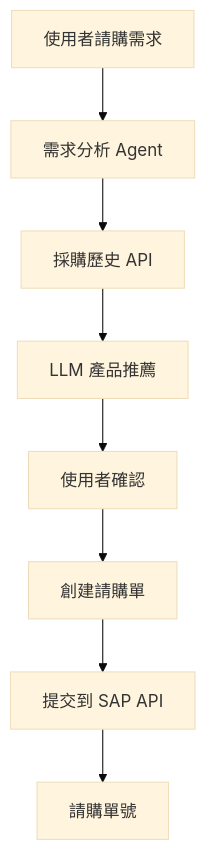
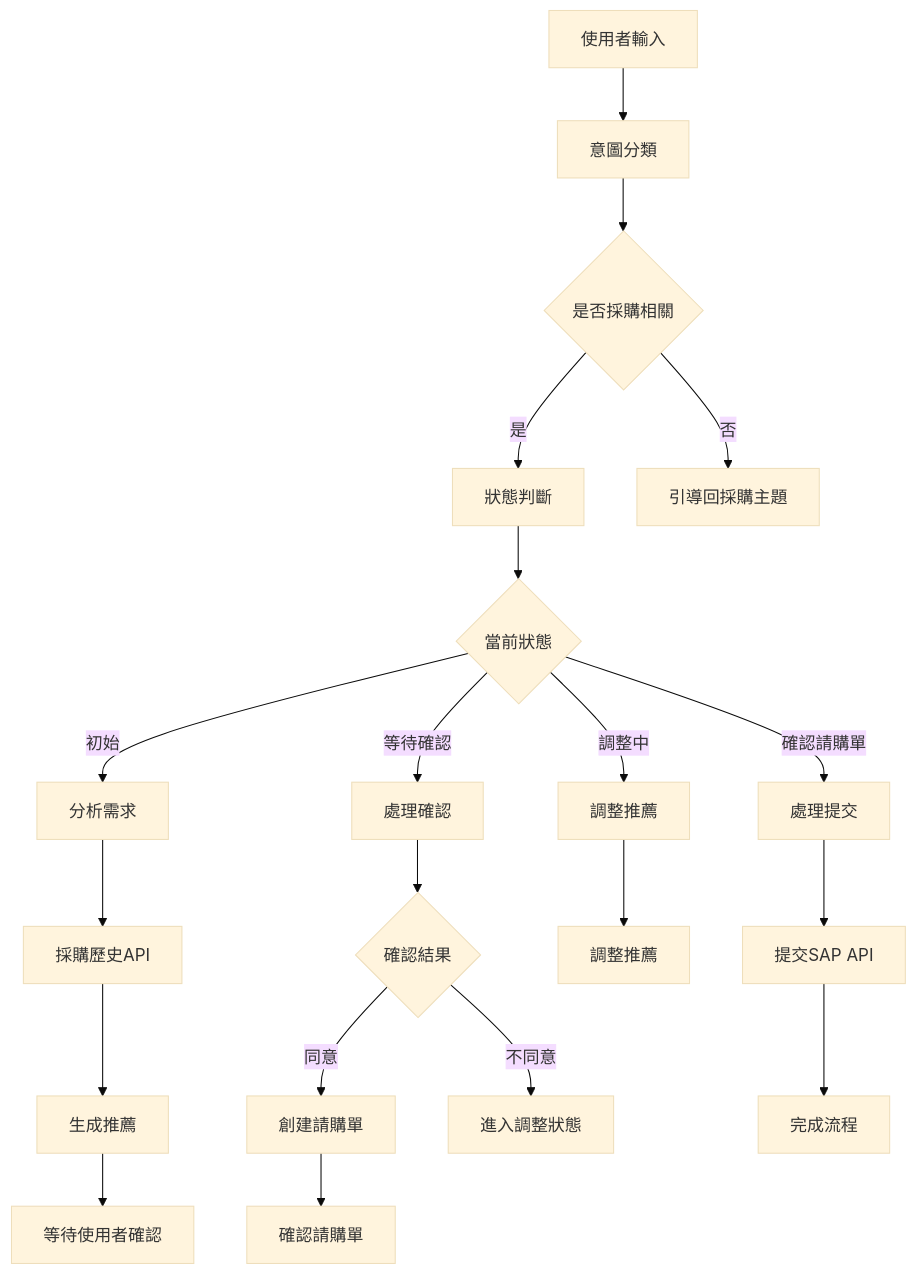
The diagram in README.md (Chrisliao0806/sap_ai_agent), drawn with Mermaid (base theme) before and after one commit. The commit also changed other lines of this file and 6 other files, not shown here.

Commit message:
Refactor purchase agent to support conversational flow and session management; add comprehensive tests for interaction, session handling, and API endpoints.

````diff
--- a/README.md
+++ b/README.md
@@ -14,10 +16,22 @@
 ```mermaid
 graph TB
-    A[使用者請購需求] --> B[需求分析 Agent]
-    B --> C[採購歷史 API]
-    C --> D[LLM 產品推薦]
-    D --> E[使用者確認]
-    E --> F[創建請購單]
-    F --> G[提交到 SAP API]
-    G --> H[請購單號]
+    A[使用者輸入] --> B[意圖分類]
+    B --> C{是否採購相關}
+    C -->|是| D[狀態判斷]
+    C -->|否| E[引導回採購主題]
+    D --> F{當前狀態}
+    F -->|初始| G[分析需求]
+    F -->|等待確認| H[處理確認]
+    F -->|調整中| I[調整推薦]
+    F -->|確認請購單| J[處理提交]
+    G --> K[採購歷史API]
+    K --> L[生成推薦]
+    L --> M[等待使用者確認]
+    H --> N{確認結果}
+    N -->|同意| O[創建請購單]
+    N -->|不同意| P[進入調整狀態]
+    I --> Q[調整推薦]
+    J --> R[提交SAP API]
+    O --> S[確認請購單]
+    R --> T[完成流程]
 ```
````
